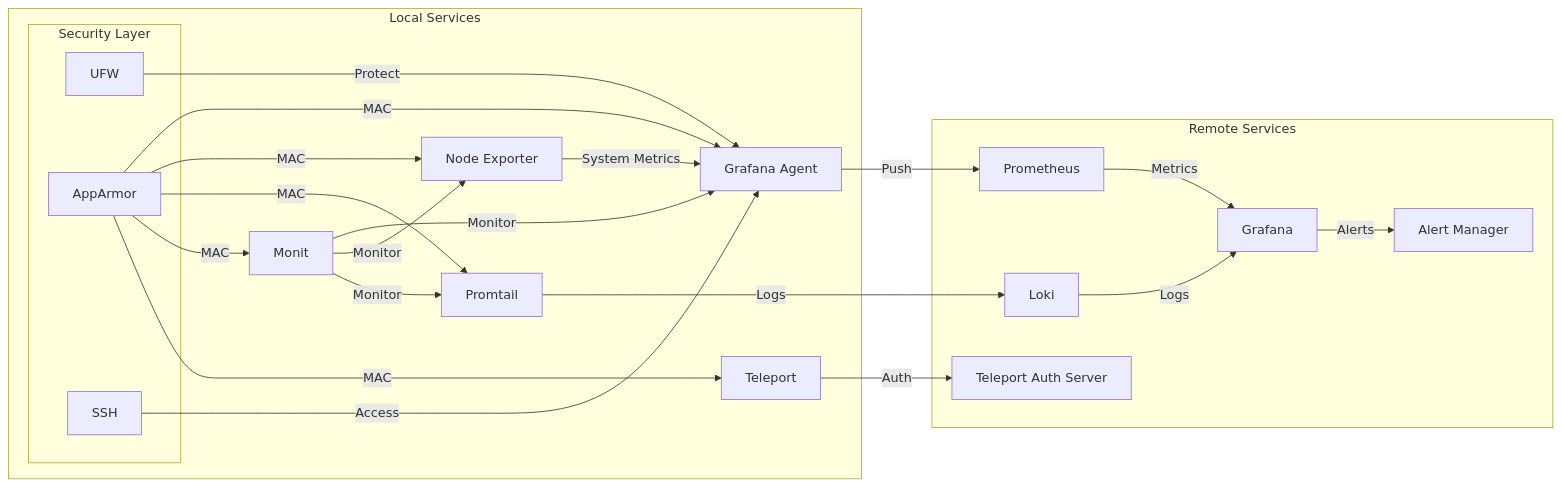
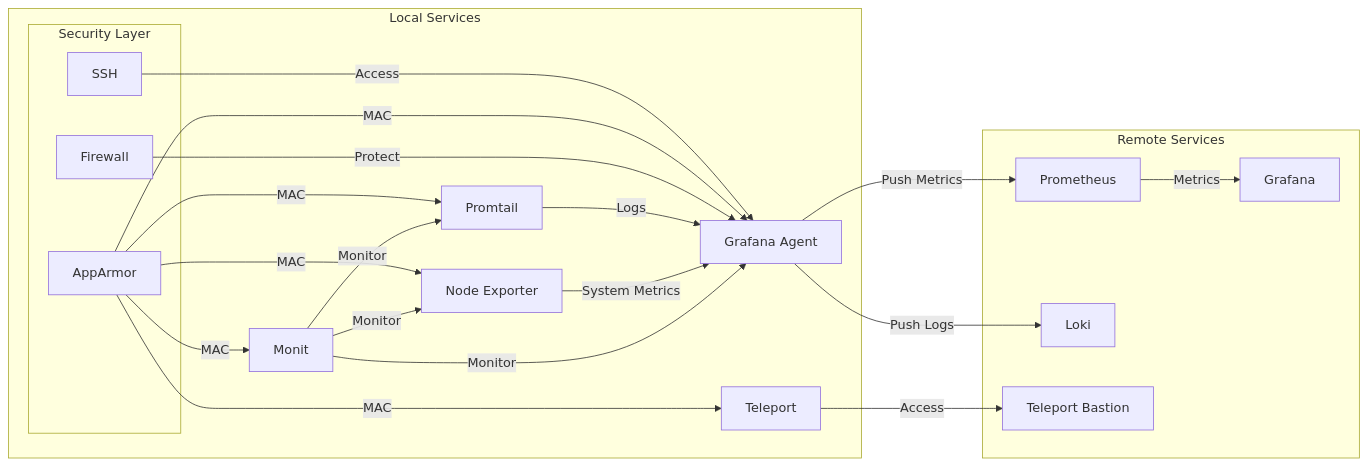
The second of 2 diagrams in roles/admin/README.md (pampatzoglou/provision-validators), drawn with Mermaid before and after one commit. The commit also changed 2 other files, not shown here.

Commit message:
update README files

````diff
--- a/roles/admin/README.md
+++ b/roles/admin/README.md
@@ -249,42 +249,40 @@
 ```mermaid
 graph LR
     subgraph Local Services
         A[Grafana Agent]
         B[Node Exporter]
         C[Promtail]
         D[Monit] --> |Monitor| A
         D --> |Monitor| B
         D --> |Monitor| C
         T[Teleport]
         
         subgraph Security Layer
-            E[UFW]
+            E[Firewall]
             F[AppArmor]
             G[SSH]
         end
     end
 
     subgraph Remote Services
         H[Prometheus]
         I[Grafana]
         J[Loki]
-        K[Alert Manager]
-        L[Teleport Auth Server]
+        K[Teleport Bastion]
     end
 
     B --> |System Metrics| A
-    C --> |Logs| J
-    A --> |Push| H
+    C --> |Logs| A
+    A --> |Push Metrics| H
+    A --> |Push Logs| J
     H --> |Metrics| I
-    J --> |Logs| I
-    I --> |Alerts| K
-    T --> |Auth| L
+    T --> |Access| K
 
     E --> |Protect| A
     F --> |MAC| A
     F --> |MAC| B
     F --> |MAC| C
     F --> |MAC| D
     F --> |MAC| T
     G --> |Access| A
 ```
````
